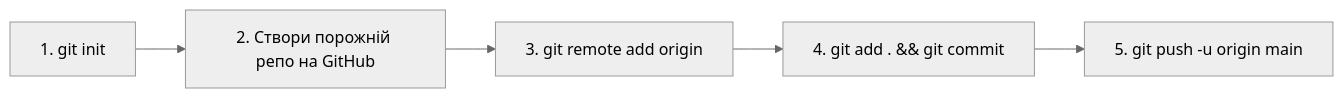
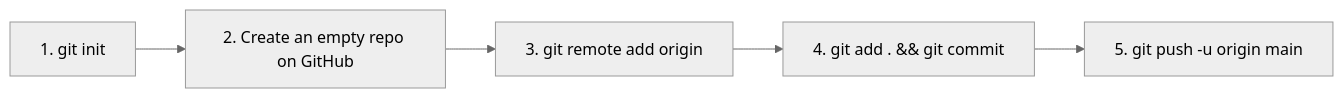
One commit to andriyevski/python-learning-portfolio changed the second of 14 diagrams in git_commands.md. Above: the diagram before and after it, drawn with Mermaid (neutral theme). The commit also changed other lines of this file and 3 other files, not shown here.

````diff
--- a/git_commands.md
+++ b/git_commands.md
@@ -146,7 +146,7 @@
 ```mermaid
 graph LR
-    A["1. git init"] --> B["2. Створи порожній репо на GitHub"]
+    A["1. git init"] --> B["2. Create an empty repo on GitHub"]
     B --> C["3. git remote add origin"]
     C --> D["4. git add . && git commit"]
     D --> E["5. git push -u origin main"]
 ```
````
